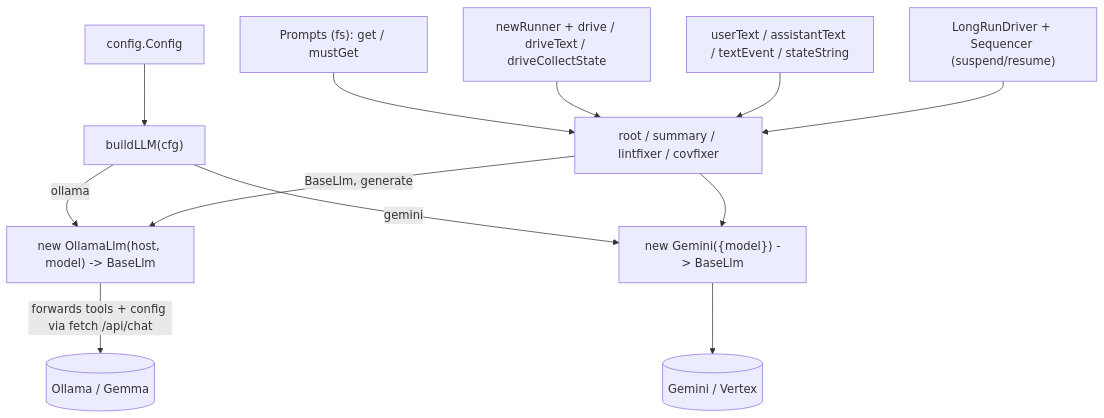
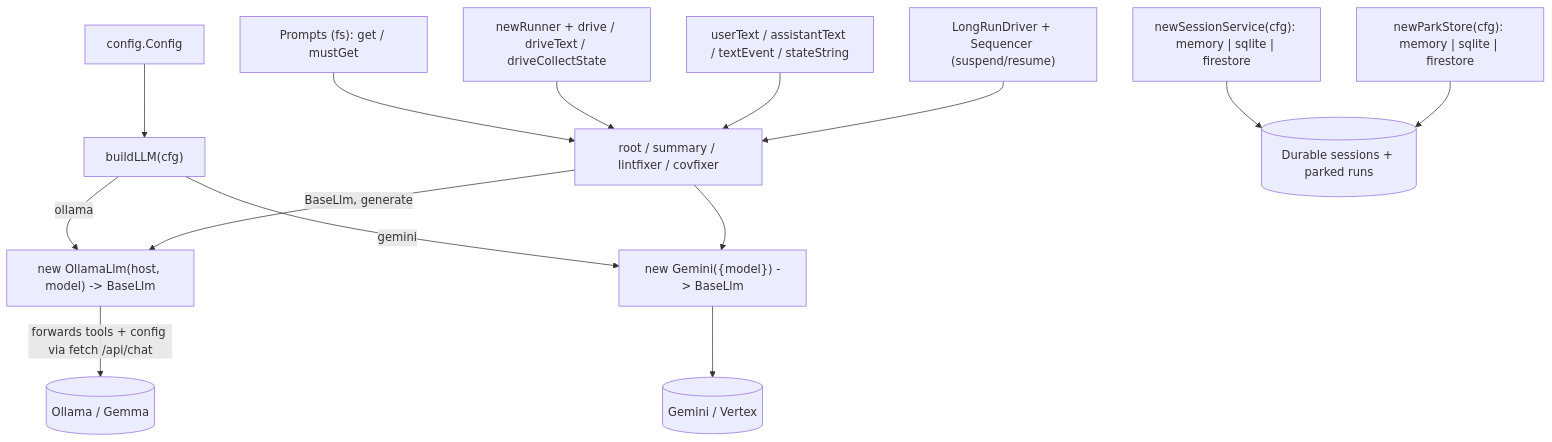
One commit to jkjamies/automation-agent changed the diagram in javascript/src/agent/setup/AGENTS.md. Above: the diagram before and after it, drawn with Mermaid. The commit also changed other lines of this file and 54 other files, not shown here.

````diff
--- a/javascript/src/agent/setup/AGENTS.md
+++ b/javascript/src/agent/setup/AGENTS.md
@@ -6,14 +6,16 @@
 ```mermaid
 flowchart TD
     Cfg["config.Config"] --> BL["buildLLM(cfg)"]
     BL -->|ollama| OM["new OllamaLlm(host, model) -> BaseLlm"]
     BL -->|gemini| GM["new Gemini({model}) -> BaseLlm"]
     OM -->|"forwards tools + config via fetch /api/chat"| Oll[("Ollama / Gemma")]
     GM --> Vtx[("Gemini / Vertex")]
     Agents["root / summary / lintfixer / covfixer"] -->|"BaseLlm, generate"| OM
     Agents --> GM
     Prompts["Prompts (fs): get / mustGet"] --> Agents
     Runner["newRunner + drive / driveText / driveCollectState"] --> Agents
     Events["userText / assistantText / textEvent / stateString"] --> Agents
     LongRun["LongRunDriver + Sequencer (suspend/resume)"] --> Agents
+    Sess["newSessionService(cfg): memory | sqlite | firestore"] --> Store
+    Park["newParkStore(cfg): memory | sqlite | firestore"] --> Store[("Durable sessions + parked runs")]
 ```
````
